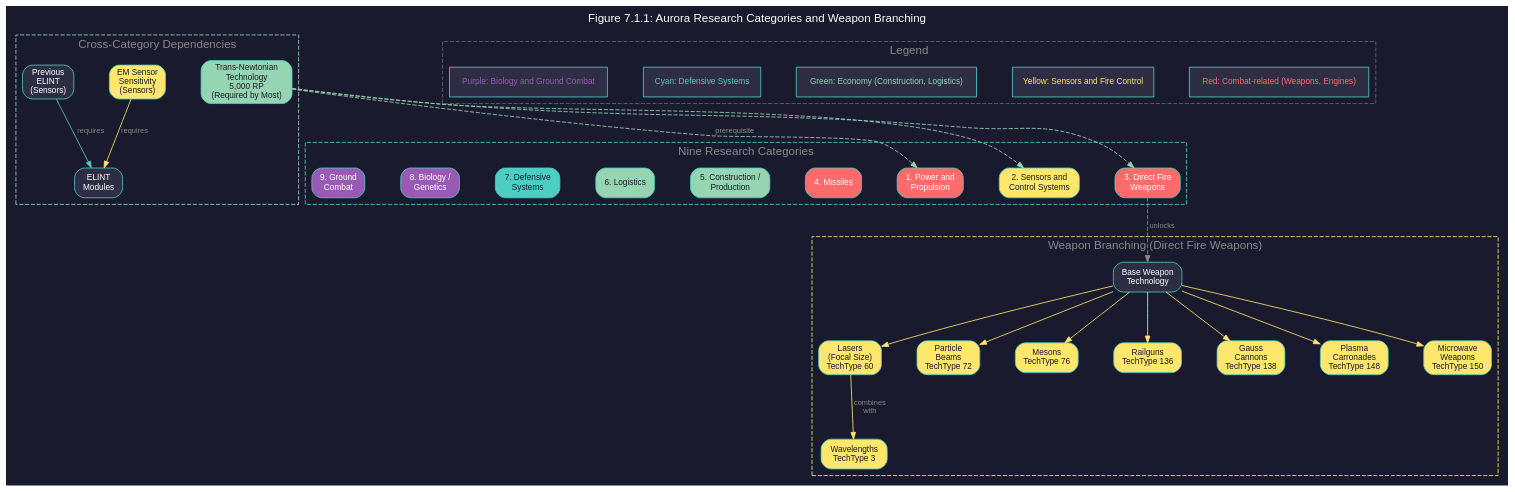
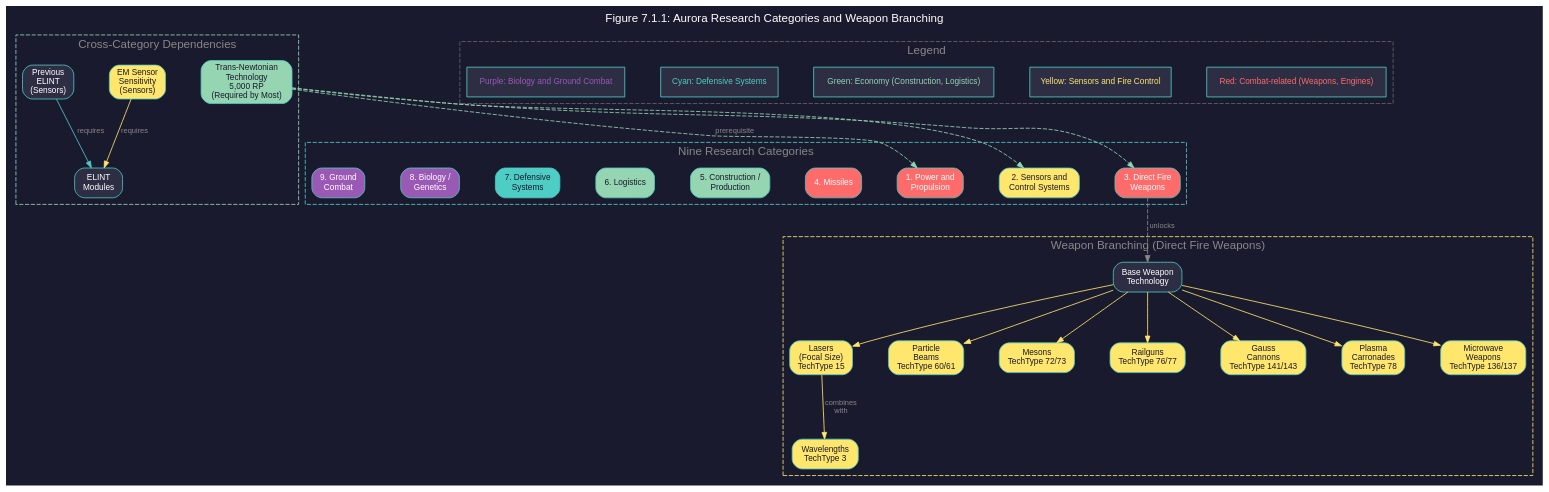
Before and after one commit to ErikEvenson/aurora-manual: the diagram in images/diagrams/7-research/aurora-4x-tech-tree-overview.dot, drawn with Graphviz. The commit also changed 5 other files, not shown here.

First line of the commit message:
Fix remaining technology values and diagrams in Chapters 7 and 9

```diff
--- a/images/diagrams/7-research/aurora-4x-tech-tree-overview.dot
+++ b/images/diagrams/7-research/aurora-4x-tech-tree-overview.dot
@@ -1,121 +1,121 @@
 // Aurora 4X Tech Tree Overview - Categories and Weapon Branching
 // Removed redundant engine chain (shown in Figure 7.1.3)
 
 digraph TechTreeStructure {
     bgcolor="#1a1a2e"
     fontname="Helvetica"
     fontcolor="white"
     label="Figure 7.1.1: Aurora Research Categories and Weapon Branching"
     labelloc=t
     fontsize=14
     rankdir=TB
     nodesep=0.6
     ranksep=0.8
 
     node [
         fontname="Helvetica"
         fontsize=10
         fontcolor="white"
         color="#4ecdc4"
         fillcolor="#2d2d44"
         style="filled,rounded"
         shape=box
     ]
 
     edge [
         fontname="Helvetica"
         fontsize=9
         fontcolor="#888888"
         color="#4ecdc4"
         arrowsize=0.8
     ]
 
     // Nine Research Categories cluster
     subgraph cluster_categories {
         label="Nine Research Categories"
         fontcolor="#888888"
         color="#4ecdc4"
         style="dashed"
 
         cat1 [label="1. Power and\nPropulsion" fillcolor="#ff6b6b"]
         cat2 [label="2. Sensors and\nControl Systems" fillcolor="#ffe66d" fontcolor="#1a1a2e"]
         cat3 [label="3. Direct Fire\nWeapons" fillcolor="#ff6b6b"]
         cat4 [label="4. Missiles" fillcolor="#ff6b6b"]
         cat5 [label="5. Construction /\nProduction" fillcolor="#95d5b2" fontcolor="#1a1a2e"]
         cat6 [label="6. Logistics" fillcolor="#95d5b2" fontcolor="#1a1a2e"]
         cat7 [label="7. Defensive\nSystems" fillcolor="#4ecdc4" fontcolor="#1a1a2e"]
         cat8 [label="8. Biology /\nGenetics" fillcolor="#9b59b6"]
         cat9 [label="9. Ground\nCombat" fillcolor="#9b59b6"]
 
         // Arrange in a row
         {rank=same; cat1; cat2; cat3; cat4; cat5; cat6; cat7; cat8; cat9}
     }
 
     // Weapon Branching (Direct Fire Weapons)
     subgraph cluster_weapons {
         label="Weapon Branching (Direct Fire Weapons)"
         fontcolor="#888888"
         color="#ffe66d"
         style="dashed"
 
         base_weapon [label="Base Weapon\nTechnology"]
 
         // All weapon types with TechTypeIDs
-        laser_branch [label="Lasers\n(Focal Size)\nTechType 60" fillcolor="#ffe66d" fontcolor="#1a1a2e"]
+        laser_branch [label="Lasers\n(Focal Size)\nTechType 15" fillcolor="#ffe66d" fontcolor="#1a1a2e"]
         wavelength [label="Wavelengths\nTechType 3" fillcolor="#ffe66d" fontcolor="#1a1a2e"]
-        particle_branch [label="Particle\nBeams\nTechType 72" fillcolor="#ffe66d" fontcolor="#1a1a2e"]
-        meson_branch [label="Mesons\nTechType 76" fillcolor="#ffe66d" fontcolor="#1a1a2e"]
-        railgun_branch [label="Railguns\nTechType 136" fillcolor="#ffe66d" fontcolor="#1a1a2e"]
-        gauss_branch [label="Gauss\nCannons\nTechType 138" fillcolor="#ffe66d" fontcolor="#1a1a2e"]
-        plasma_branch [label="Plasma\nCarronades\nTechType 148" fillcolor="#ffe66d" fontcolor="#1a1a2e"]
-        microwave_branch [label="Microwave\nWeapons\nTechType 150" fillcolor="#ffe66d" fontcolor="#1a1a2e"]
+        particle_branch [label="Particle\nBeams\nTechType 60/61" fillcolor="#ffe66d" fontcolor="#1a1a2e"]
+        meson_branch [label="Mesons\nTechType 72/73" fillcolor="#ffe66d" fontcolor="#1a1a2e"]
+        railgun_branch [label="Railguns\nTechType 76/77" fillcolor="#ffe66d" fontcolor="#1a1a2e"]
+        gauss_branch [label="Gauss\nCannons\nTechType 141/143" fillcolor="#ffe66d" fontcolor="#1a1a2e"]
+        plasma_branch [label="Plasma\nCarronades\nTechType 78" fillcolor="#ffe66d" fontcolor="#1a1a2e"]
+        microwave_branch [label="Microwave\nWeapons\nTechType 136/137" fillcolor="#ffe66d" fontcolor="#1a1a2e"]
     }
 
     // Cross-Category Dependencies
     subgraph cluster_cross {
         label="Cross-Category Dependencies"
         fontcolor="#888888"
         color="#95d5b2"
         style="dashed"
 
         tn_tech [label="Trans-Newtonian\nTechnology\n5,000 RP\n(Required by Most)" fillcolor="#95d5b2" fontcolor="#1a1a2e"]
 
         em_sensor [label="EM Sensor\nSensitivity\n(Sensors)" fillcolor="#ffe66d" fontcolor="#1a1a2e"]
         prev_elint [label="Previous\nELINT\n(Sensors)"]
         elint [label="ELINT\nModules"]
     }
 
     // Weapon branching edges
     cat3 -> base_weapon [style=dashed color="#888888" label="unlocks"]
     base_weapon -> laser_branch [color="#ffe66d"]
     base_weapon -> particle_branch [color="#ffe66d"]
     base_weapon -> meson_branch [color="#ffe66d"]
     base_weapon -> railgun_branch [color="#ffe66d"]
     base_weapon -> gauss_branch [color="#ffe66d"]
     base_weapon -> plasma_branch [color="#ffe66d"]
     base_weapon -> microwave_branch [color="#ffe66d"]
 
     laser_branch -> wavelength [color="#ffe66d" label="combines\nwith"]
 
     // Cross-category edges
     tn_tech -> cat1 [style=dashed color="#95d5b2" label="prerequisite"]
     tn_tech -> cat2 [style=dashed color="#95d5b2"]
     tn_tech -> cat3 [style=dashed color="#95d5b2"]
 
     em_sensor -> elint [color="#ffe66d" label="requires"]
     prev_elint -> elint [color="#4ecdc4" label="requires"]
 
     // Legend
     subgraph cluster_legend {
         label="Legend"
         fontcolor="#888888"
         color="#666666"
         style="dashed"
 
         leg1 [label="Red: Combat-related (Weapons, Engines)" shape=box fillcolor="#2d2d44" style=filled fontcolor="#ff6b6b"]
         leg2 [label="Yellow: Sensors and Fire Control" shape=box fillcolor="#2d2d44" style=filled fontcolor="#ffe66d"]
         leg3 [label="Green: Economy (Construction, Logistics)" shape=box fillcolor="#2d2d44" style=filled fontcolor="#95d5b2"]
         leg4 [label="Cyan: Defensive Systems" shape=box fillcolor="#2d2d44" style=filled fontcolor="#4ecdc4"]
         leg5 [label="Purple: Biology and Ground Combat" shape=box fillcolor="#2d2d44" style=filled fontcolor="#9b59b6"]
     }
 }
```
